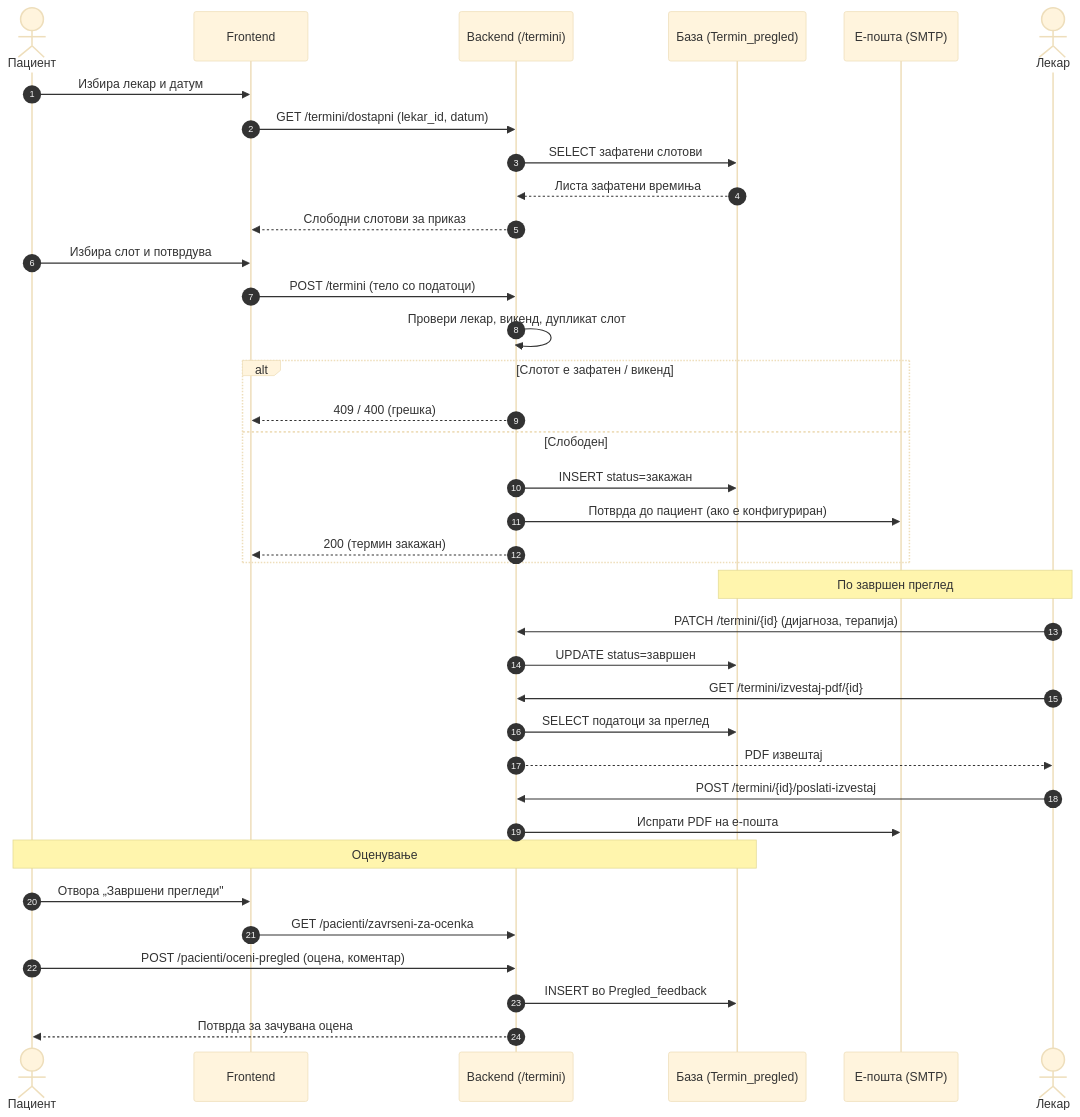
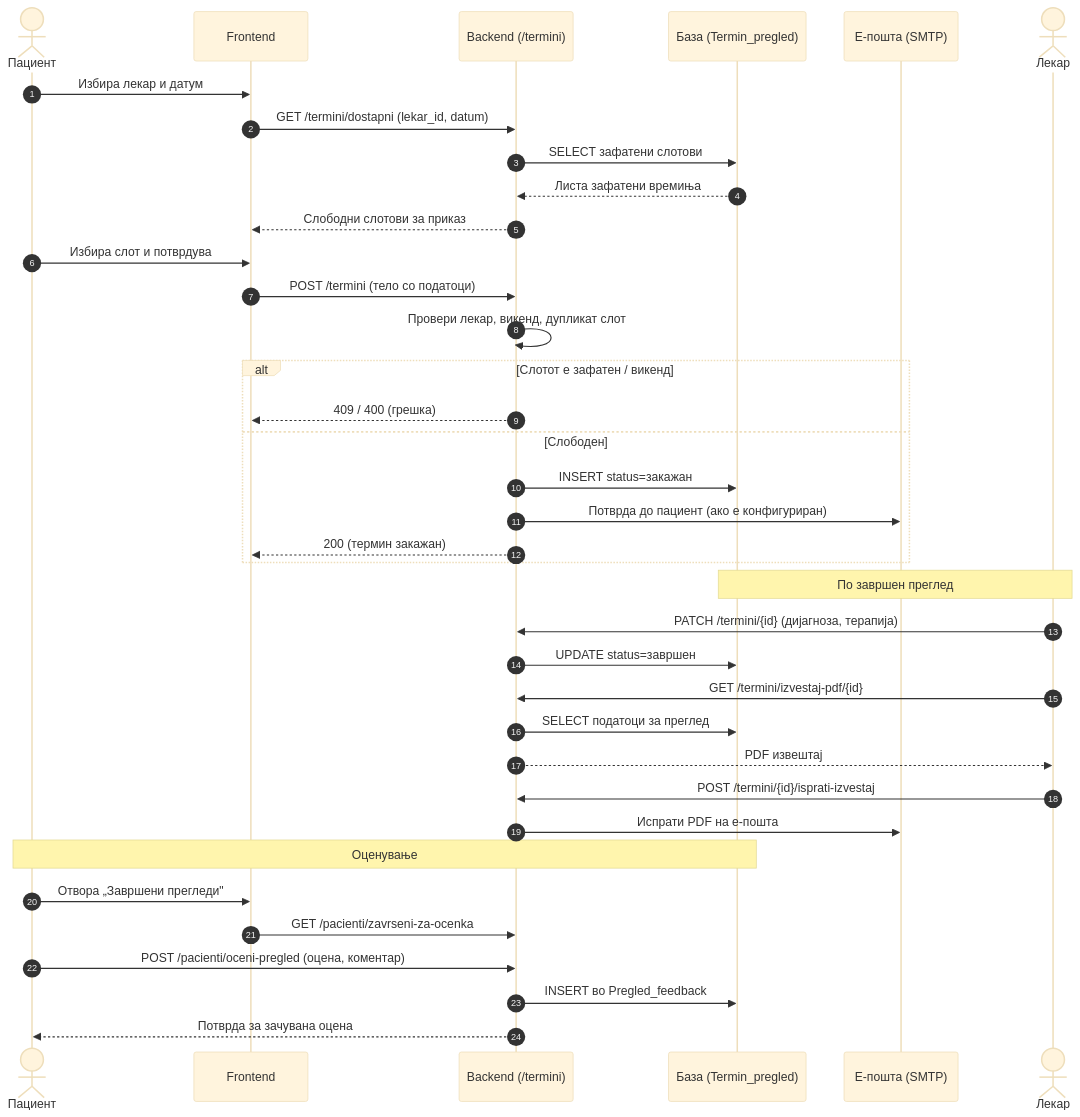
Before and after one commit to eftimovdaniel/Klinicka_Bolnica: the second of 2 diagrams in docs/backend/api/termini.md, drawn with Mermaid (base theme). The commit also changed other lines of this file and 5 other files, not shown here.

````diff
--- a/docs/backend/api/termini.md
+++ b/docs/backend/api/termini.md
@@ -46,43 +50,43 @@
 ```mermaid
 sequenceDiagram
     autonumber
     actor P as Пациент
     participant FE as Frontend
     participant API as Backend (/termini)
     participant DB as База (Termin_pregled)
     participant SMTP as Е-пошта (SMTP)
     actor L as Лекар
 
     P->>FE: Избира лекар и датум
     FE->>API: GET /termini/dostapni (lekar_id, datum)
     API->>DB: SELECT зафатени слотови
     DB-->>API: Листа зафатени времиња
     API-->>FE: Слободни слотови за приказ
 
     P->>FE: Избира слот и потврдува
     FE->>API: POST /termini (тело со податоци)
     API->>API: Провери лекар, викенд, дупликат слот
     alt Слотот е зафатен / викенд
         API-->>FE: 409 / 400 (грешка)
     else Слободен
         API->>DB: INSERT status=закажан
         API->>SMTP: Потврда до пациент (ако е конфигуриран)
         API-->>FE: 200 (термин закажан)
     end
 
     Note over L,DB: По завршен преглед
     L->>API: PATCH /termini/{id} (дијагноза, терапија)
     API->>DB: UPDATE status=завршен
     L->>API: GET /termini/izvestaj-pdf/{id}
     API->>DB: SELECT податоци за преглед
     API-->>L: PDF извештај
-    L->>API: POST /termini/{id}/poslati-izvestaj
+    L->>API: POST /termini/{id}/isprati-izvestaj
     API->>SMTP: Испрати PDF на е-пошта
 
     Note over P,DB: Оценување
     P->>FE: Отвора „Завршени прегледи"
     FE->>API: GET /pacienti/zavrseni-za-ocenka
     P->>API: POST /pacienti/oceni-pregled (оцена, коментар)
     API->>DB: INSERT во Pregled_feedback
     API-->>P: Потврда за зачувана оцена
 ```
````
